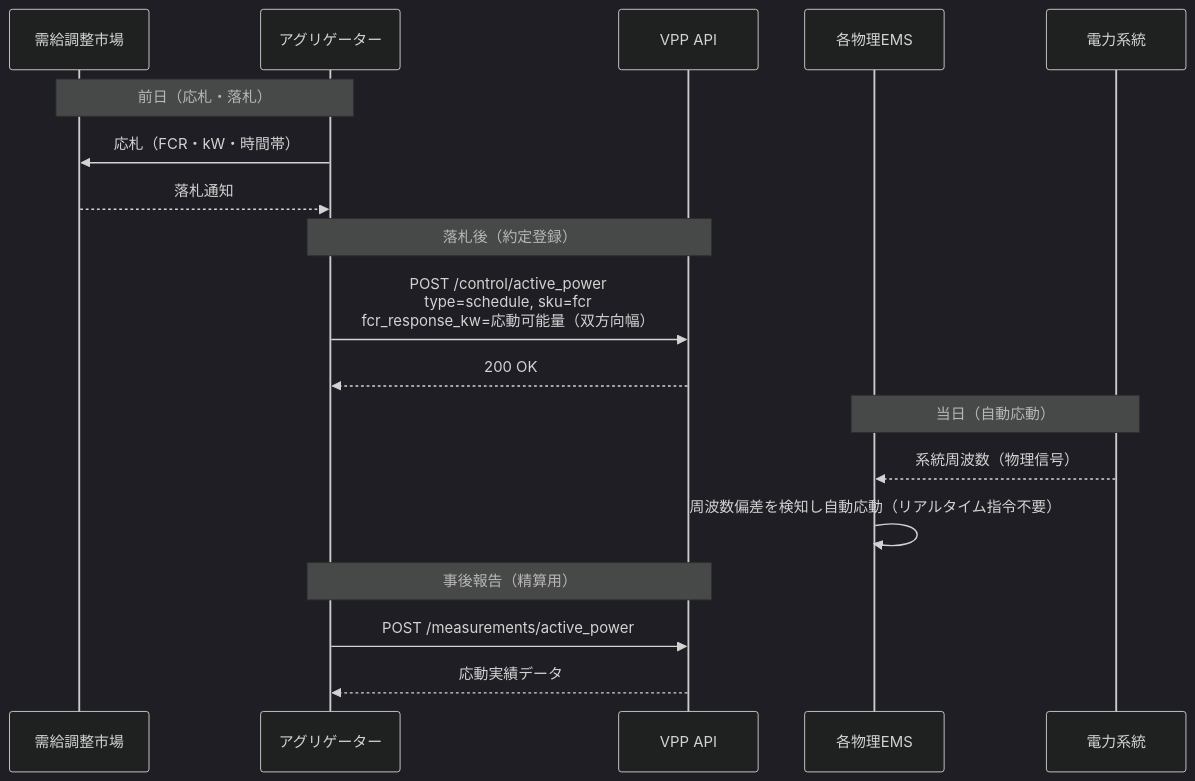
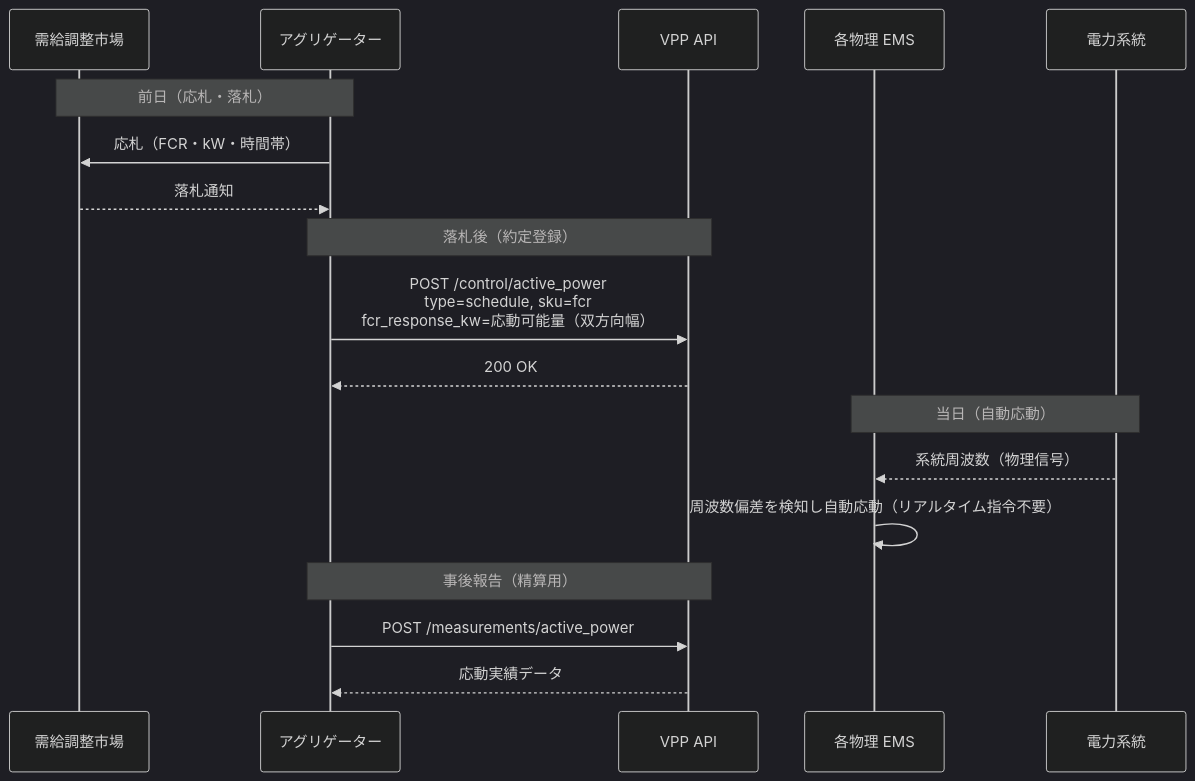
One commit to enapir/enecloud-api-spec changed the sixth of 7 diagrams in docs/vpp-api-v1.md. Above: the diagram before and after it, drawn with Mermaid (dark theme). The commit also changed other lines of this file and 20 other files, not shown here.

````diff
--- a/docs/vpp-api-v1.md
+++ b/docs/vpp-api-v1.md
@@ -2385,24 +2402,24 @@
 ```mermaid
 sequenceDiagram
     participant O as 需給調整市場
     participant A as アグリゲーター
     participant V as VPP API
-    participant E as 各物理EMS
+    participant E as 各物理 EMS
     participant G as 電力系統
 
     Note over O,A: 前日（応札・落札）
     A->>O: 応札（FCR・kW・時間帯）
     O-->>A: 落札通知
 
     Note over A,V: 落札後（約定登録）
     A->>V: POST /control/active_power<br/>type=schedule, sku=fcr<br/>fcr_response_kw=応動可能量（双方向幅）
     V-->>A: 200 OK
 
     Note over E,G: 当日（自動応動）
     G-->>E: 系統周波数（物理信号）
     E->>E: 周波数偏差を検知し自動応動（リアルタイム指令不要）
 
     Note over A,V: 事後報告（精算用）
     A->>V: POST /measurements/active_power
     V-->>A: 応動実績データ
 ```
````
